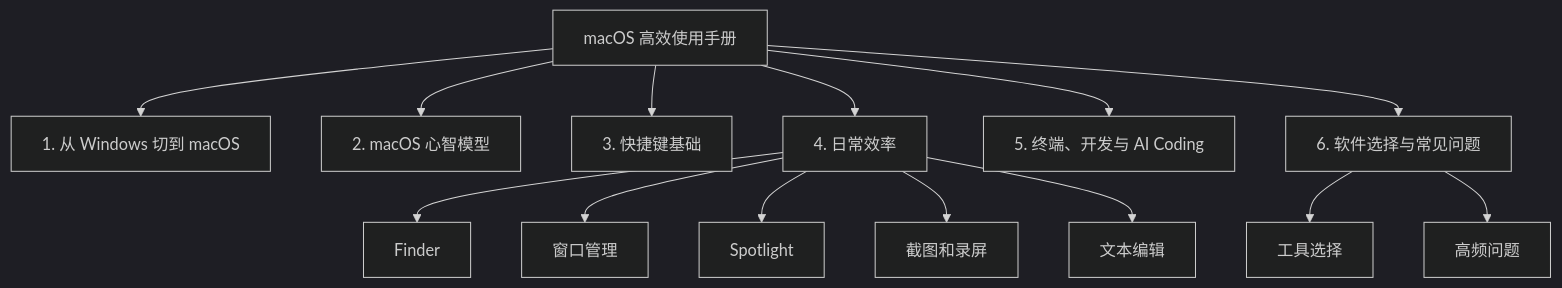
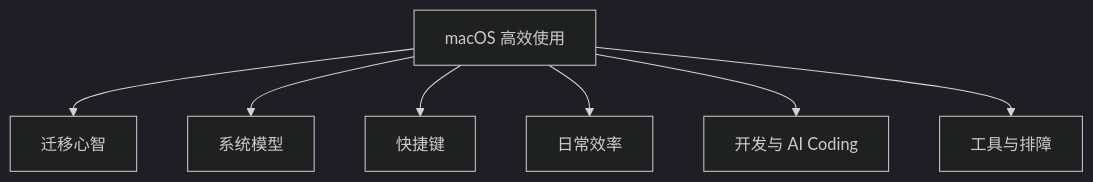
Before and after one commit to realchendahuang/macos-playbook: the diagram in README.md, drawn with Mermaid (dark theme). The commit also changed other lines of this file and 28 other files, not shown here.

Commit message:
docs: migrate to VitePress single-page architecture

````diff
--- a/README.md
+++ b/README.md
@@ -14,16 +9,9 @@
 ```mermaid
 flowchart TD
-  A[macOS 高效使用手册] --> B[1. 从 Windows 切到 macOS]
-  A --> C[2. macOS 心智模型]
-  A --> D[3. 快捷键基础]
-  A --> E[4. 日常效率]
-  A --> F[5. 终端、开发与 AI Coding]
-  A --> G[6. 软件选择与常见问题]
-  E --> E1[Finder]
-  E --> E2[窗口管理]
-  E --> E3[Spotlight]
-  E --> E4[截图和录屏]
-  E --> E5[文本编辑]
-  G --> G1[工具选择]
-  G --> G2[高频问题]
+  A[macOS 高效使用] --> B[迁移心智]
+  A --> C[系统模型]
+  A --> D[快捷键]
+  A --> E[日常效率]
+  A --> F[开发与 AI Coding]
+  A --> G[工具与排障]
 ```
````
